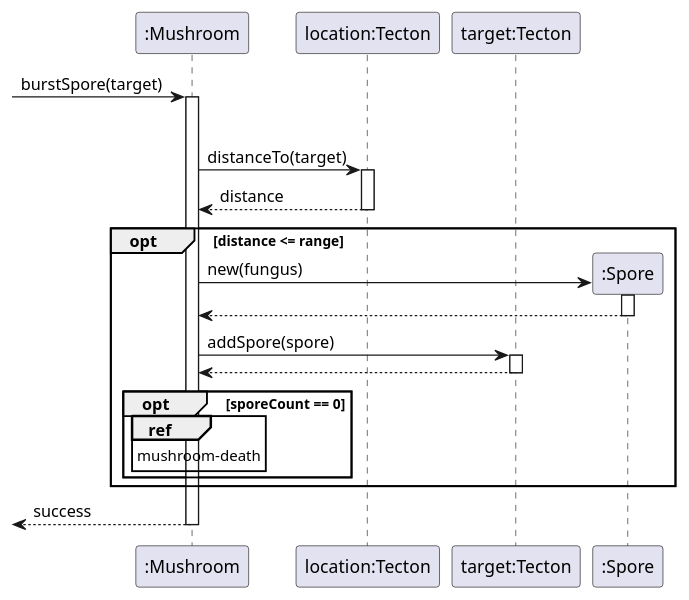
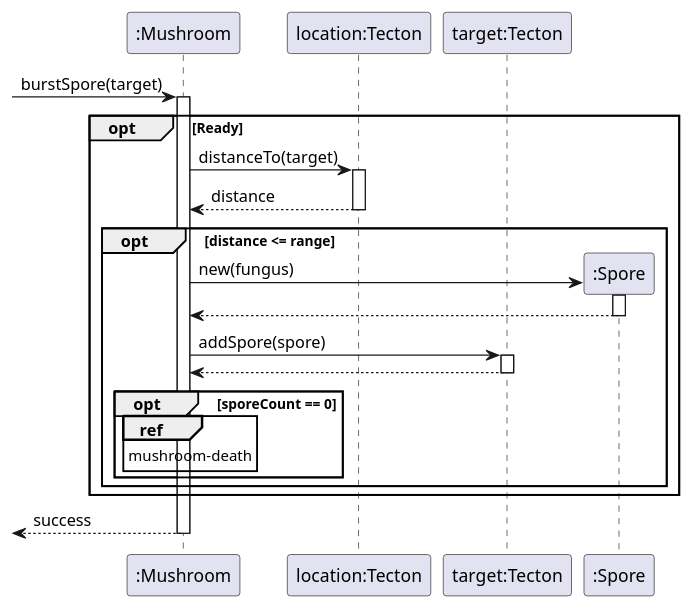
Before and after one commit to ZD4ve/projlab-error521: the diagram in Mushroom/burst-spore.pu, drawn with PlantUML.

Commit message:
Syntax error fix

```diff
--- a/Mushroom/burst-spore.pu
+++ b/Mushroom/burst-spore.pu
@@ -1,43 +1,44 @@
 @startuml
 participant ":Mushroom" as shroom
 participant "location:Tecton" as location
 participant "target:Tecton" as target
 participant ":Spore" as spore
 
 -> shroom : burstSpore(target)
 activate shroom
 
 opt Ready
     shroom -> location : distanceTo(target)
     activate location
 
     shroom <-- location : distance
     deactivate location
 
     opt distance <= range
-    create spore
-    shroom -> spore : new(fungus)
-    activate spore
+        create spore
+        shroom -> spore : new(fungus)
+        activate spore
 
-    shroom <-- spore
-    deactivate spore
+        shroom <-- spore
+        deactivate spore
 
-    shroom -> target : addSpore(spore)
-    activate target
+        shroom -> target : addSpore(spore)
+        activate target
 
-    shroom <-- target
-    deactivate target
+        shroom <-- target
+        deactivate target
 
-    opt sporeCount == 0
-        ref over shroom
-            mushroom-death
-        end ref 
+        opt sporeCount == 0
+            ref over shroom
+                mushroom-death
+            end ref 
+        end
     end
 end
 
 'we sure about this? - what if it dies before??
 <-- shroom : success
 
 deactivate shroom
 
 @enduml
```
